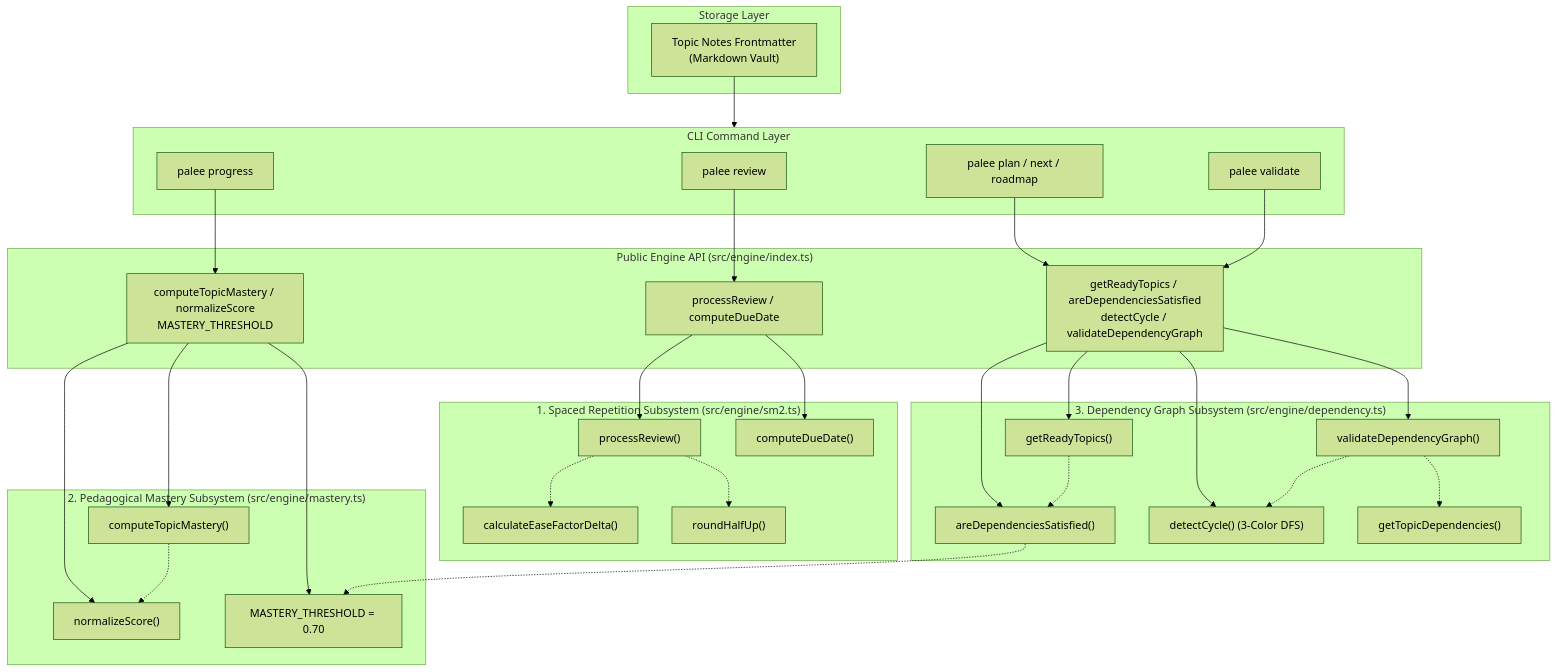
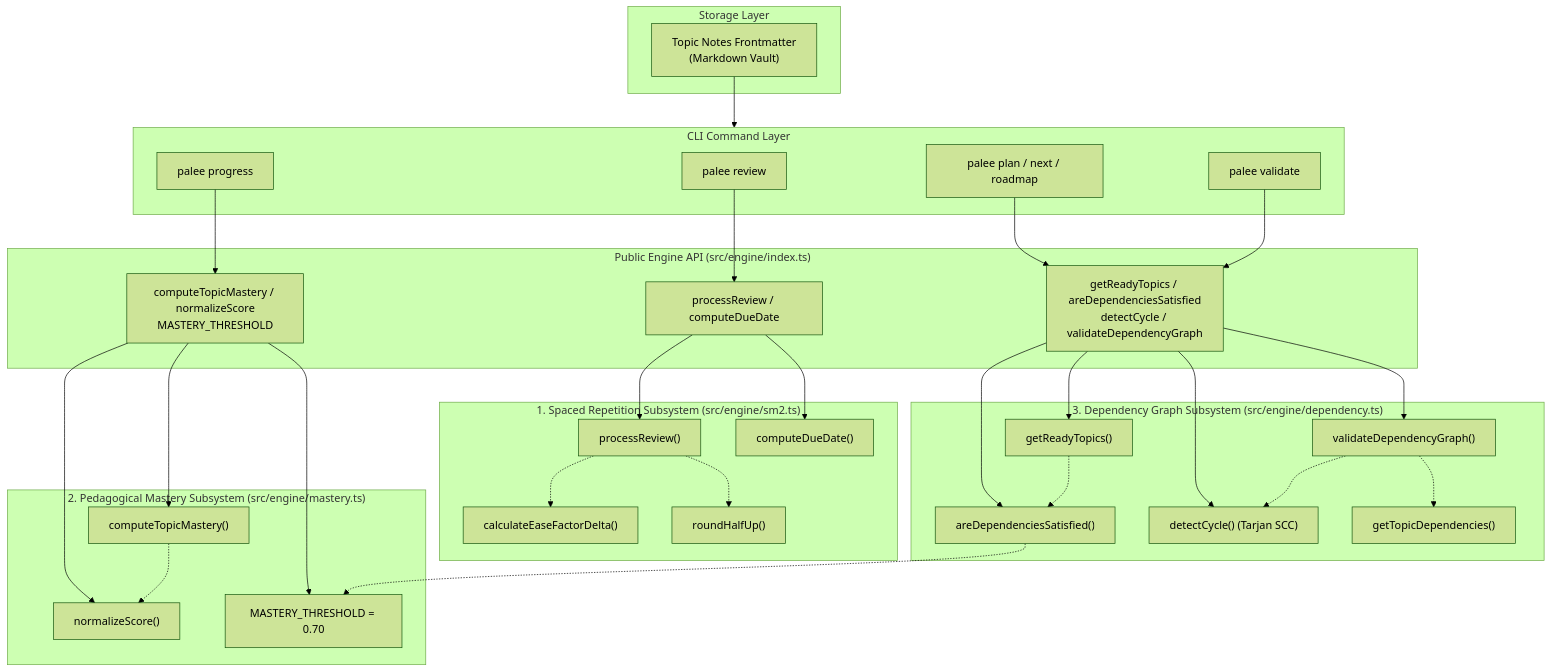
Before and after one commit to Kuldeep2822k/cli: the first of 2 diagrams in docs/03-0-engine-core.md, drawn with Mermaid (forest theme). The commit also changed other lines of this file and 77 other files, not shown here.

````diff
--- a/docs/03-0-engine-core.md
+++ b/docs/03-0-engine-core.md
@@ -31,65 +35,65 @@
 ```mermaid
 flowchart TD
     subgraph Storage ["Storage Layer"]
         TopicStore["Topic Notes Frontmatter<br/>(Markdown Vault)"]
     end
 
     subgraph API ["Public Engine API (src/engine/index.ts)"]
         ExpSM2["processReview / computeDueDate"]
         ExpMastery["computeTopicMastery / normalizeScore<br/>MASTERY_THRESHOLD"]
         ExpDep["getReadyTopics / areDependenciesSatisfied<br/>detectCycle / validateDependencyGraph"]
     end
 
     subgraph SM2Sub ["1. Spaced Repetition Subsystem (src/engine/sm2.ts)"]
         SM2_PROC["processReview()"]
         SM2_EF["calculateEaseFactorDelta()"]
         SM2_DATE["computeDueDate()"]
         SM2_ROUND["roundHalfUp()"]
     end
 
     subgraph MasterySub ["2. Pedagogical Mastery Subsystem (src/engine/mastery.ts)"]
         MAST_COMP["computeTopicMastery()"]
         MAST_NORM["normalizeScore()"]
         MAST_THRESH["MASTERY_THRESHOLD = 0.70"]
     end
 
     subgraph DepSub ["3. Dependency Graph Subsystem (src/engine/dependency.ts)"]
         DEP_READY["getReadyTopics()"]
         DEP_SAT["areDependenciesSatisfied()"]
-        DEP_CYCLE["detectCycle() (3-Color DFS)"]
+        DEP_CYCLE["detectCycle() (Tarjan SCC)"]
         DEP_VAL["validateDependencyGraph()"]
         DEP_EXT["getTopicDependencies()"]
     end
 
     subgraph CLI ["CLI Command Layer"]
         CmdReview["palee review"]
         CmdAssess["palee progress"]
         CmdPlan["palee plan / next / roadmap"]
         CmdVal["palee validate"]
     end
 
     TopicStore --> CLI
     CmdReview --> ExpSM2
     CmdAssess --> ExpMastery
     CmdPlan --> ExpDep
     CmdVal --> ExpDep
 
     ExpSM2 --> SM2_PROC
     ExpSM2 --> SM2_DATE
     SM2_PROC -.-> SM2_EF
     SM2_PROC -.-> SM2_ROUND
 
     ExpMastery --> MAST_COMP
     ExpMastery --> MAST_NORM
     ExpMastery --> MAST_THRESH
     MAST_COMP -.-> MAST_NORM
 
     ExpDep --> DEP_READY
     ExpDep --> DEP_SAT
     ExpDep --> DEP_CYCLE
     ExpDep --> DEP_VAL
     DEP_READY -.-> DEP_SAT
     DEP_SAT -.-> MAST_THRESH
     DEP_VAL -.-> DEP_CYCLE
     DEP_VAL -.-> DEP_EXT
 ```
````
